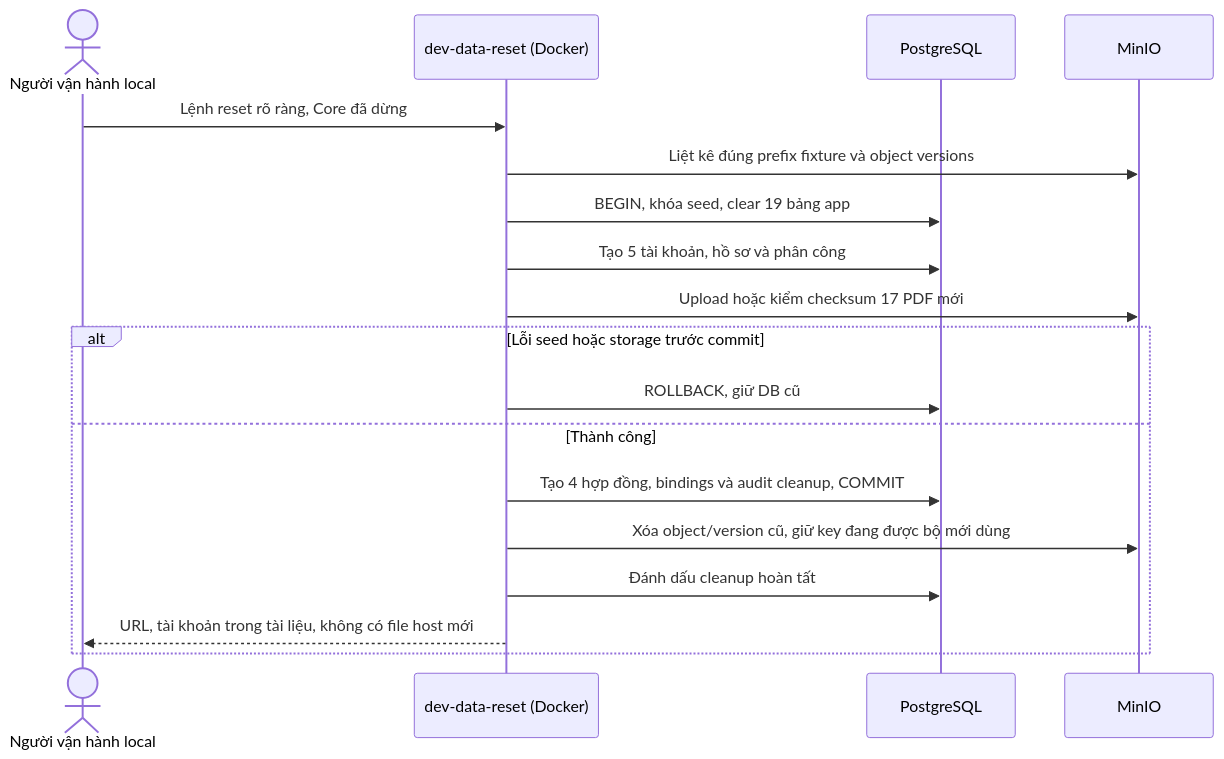
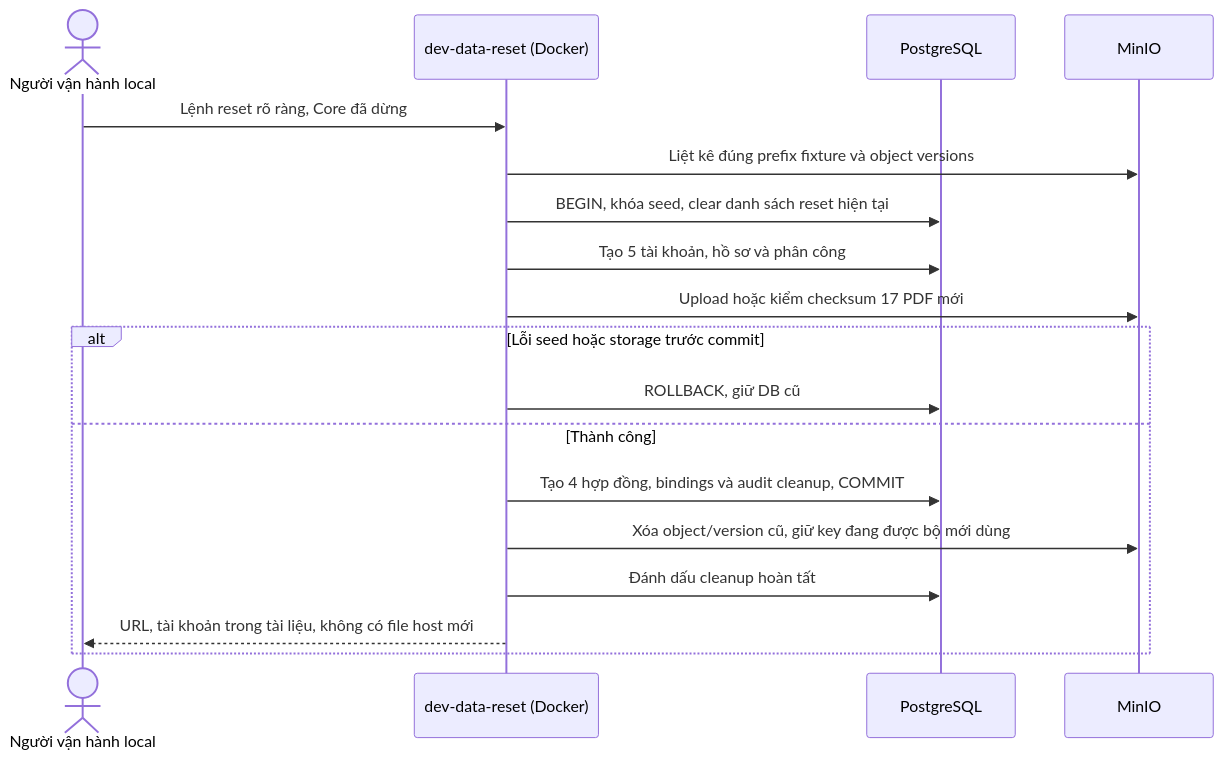
One commit to natuan05/LifeInsuranceAIAssistant changed the first of 2 diagrams in docs/getting-started.md. Above: the diagram before and after it, drawn with Mermaid. The commit also changed other lines of this file and 77 other files, not shown here.

````diff
--- a/docs/getting-started.md
+++ b/docs/getting-started.md
@@ -379,20 +379,20 @@
 ```mermaid
 sequenceDiagram
     actor O as Người vận hành local
     participant R as dev-data-reset (Docker)
     participant D as PostgreSQL
     participant S as MinIO
     O->>R: Lệnh reset rõ ràng, Core đã dừng
     R->>S: Liệt kê đúng prefix fixture và object versions
-    R->>D: BEGIN, khóa seed, clear 19 bảng app
+    R->>D: BEGIN, khóa seed, clear danh sách reset hiện tại
     R->>D: Tạo 5 tài khoản, hồ sơ và phân công
     R->>S: Upload hoặc kiểm checksum 17 PDF mới
     alt Lỗi seed hoặc storage trước commit
         R->>D: ROLLBACK, giữ DB cũ
     else Thành công
         R->>D: Tạo 4 hợp đồng, bindings và audit cleanup, COMMIT
         R->>S: Xóa object/version cũ, giữ key đang được bộ mới dùng
         R->>D: Đánh dấu cleanup hoàn tất
         R-->>O: URL, tài khoản trong tài liệu, không có file host mới
     end
 ```
````
